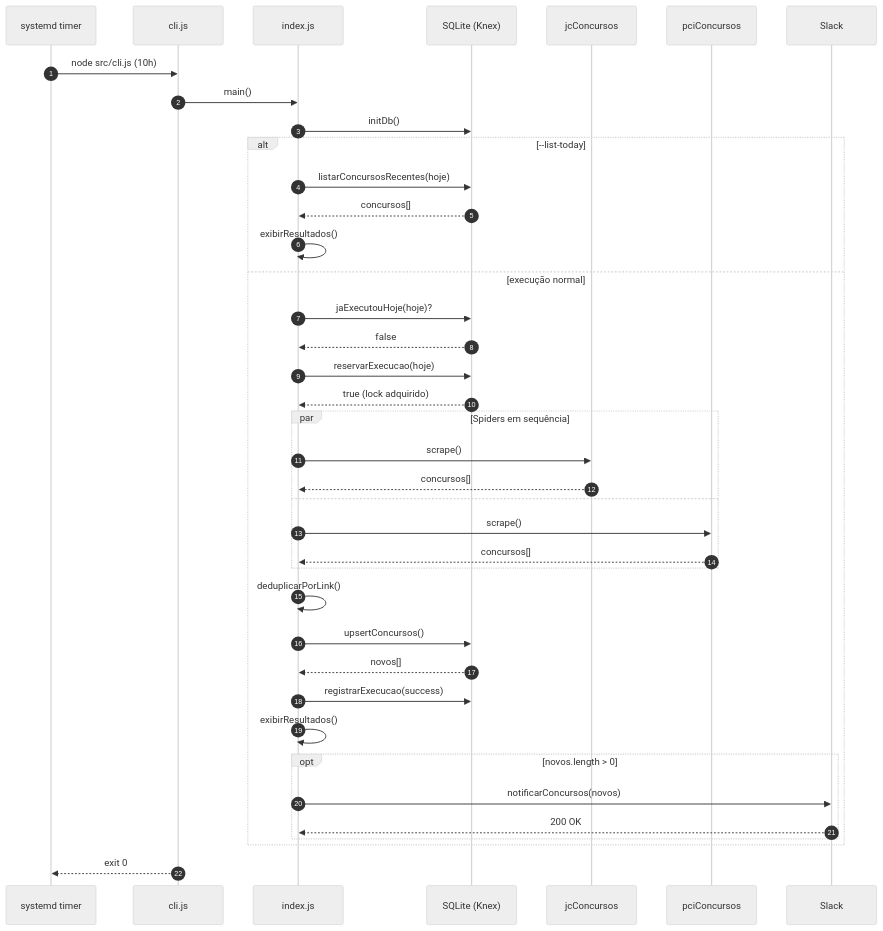
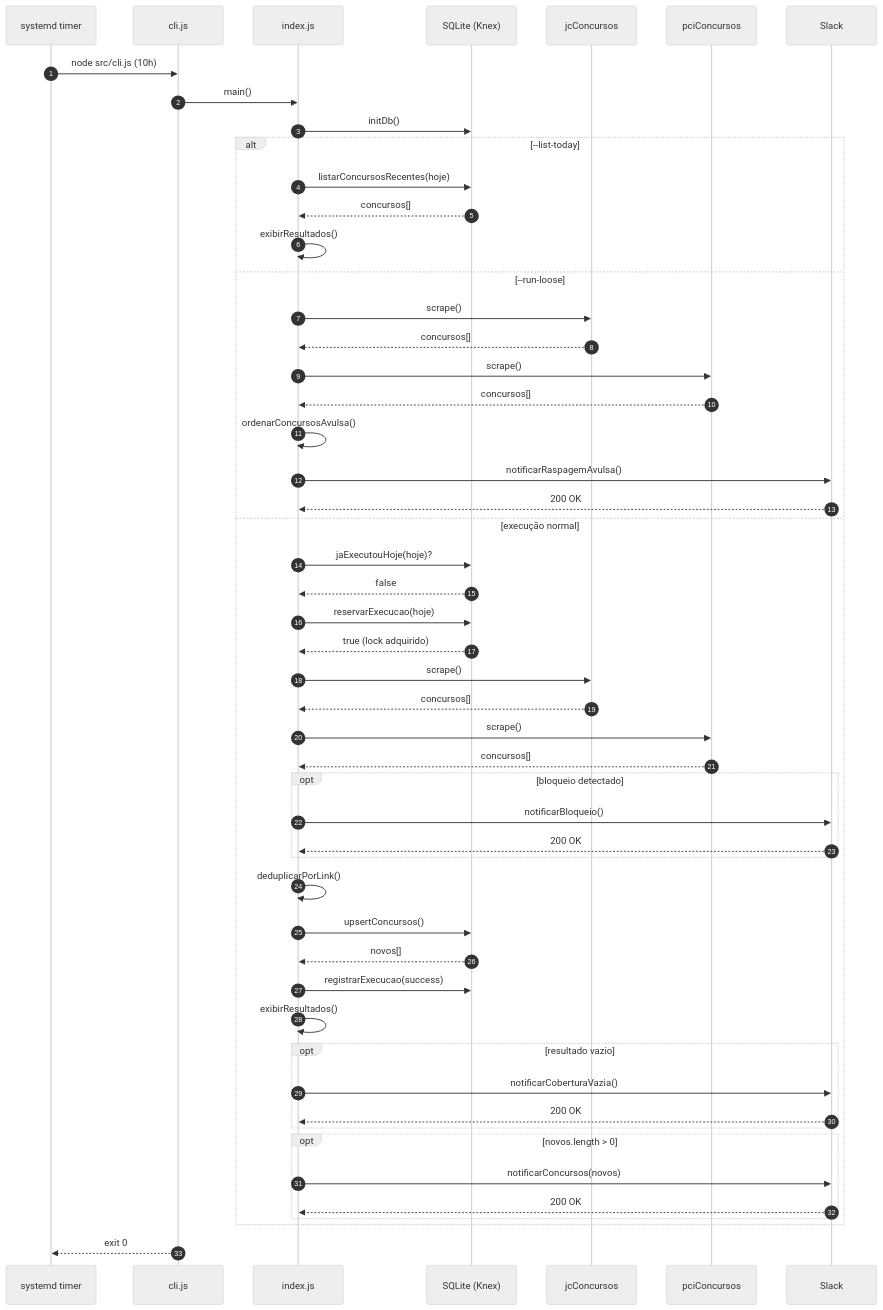
One commit to jonatasbueno/web-crawler-para-buscar-concursos changed the second of 2 diagrams in README.md. Above: the diagram before and after it, drawn with Mermaid (neutral theme). The commit also changed other lines of this file, not shown here.

First line of the commit message:
Update README.md to include loose scraping mode and enhance architecture details

````diff
--- a/README.md
+++ b/README.md
@@ -143,49 +176,65 @@
 ```mermaid
 sequenceDiagram
     autonumber
     participant Timer as systemd timer
     participant CLI as cli.js
     participant IDX as index.js
     participant DB as SQLite (Knex)
     participant JC as jcConcursos
     participant PCI as pciConcursos
     participant SL as Slack
 
     Timer->>CLI: node src/cli.js (10h)
     CLI->>IDX: main()
     IDX->>DB: initDb()
 
     alt --list-today
         IDX->>DB: listarConcursosRecentes(hoje)
         DB-->>IDX: concursos[]
         IDX->>IDX: exibirResultados()
+    else --run-loose
+        IDX->>JC: scrape()
+        JC-->>IDX: concursos[]
+        IDX->>PCI: scrape()
+        PCI-->>IDX: concursos[]
+        IDX->>IDX: ordenarConcursosAvulsa()
+        IDX->>SL: notificarRaspagemAvulsa()
+        SL-->>IDX: 200 OK
     else execução normal
         IDX->>DB: jaExecutouHoje(hoje)?
         DB-->>IDX: false
 
         IDX->>DB: reservarExecucao(hoje)
         DB-->>IDX: true (lock adquirido)
 
-        par Spiders em sequência
-            IDX->>JC: scrape()
-            JC-->>IDX: concursos[]
-        and
-            IDX->>PCI: scrape()
-            PCI-->>IDX: concursos[]
+        IDX->>JC: scrape()
+        JC-->>IDX: concursos[]
+
+        IDX->>PCI: scrape()
+        PCI-->>IDX: concursos[]
+
+        opt bloqueio detectado
+            IDX->>SL: notificarBloqueio()
+            SL-->>IDX: 200 OK
         end
 
         IDX->>IDX: deduplicarPorLink()
         IDX->>DB: upsertConcursos()
         DB-->>IDX: novos[]
 
         IDX->>DB: registrarExecucao(success)
         IDX->>IDX: exibirResultados()
 
+        opt resultado vazio
+            IDX->>SL: notificarCoberturaVazia()
+            SL-->>IDX: 200 OK
+        end
+
         opt novos.length > 0
             IDX->>SL: notificarConcursos(novos)
             SL-->>IDX: 200 OK
         end
     end
 
     CLI-->>Timer: exit 0
 ```
````
